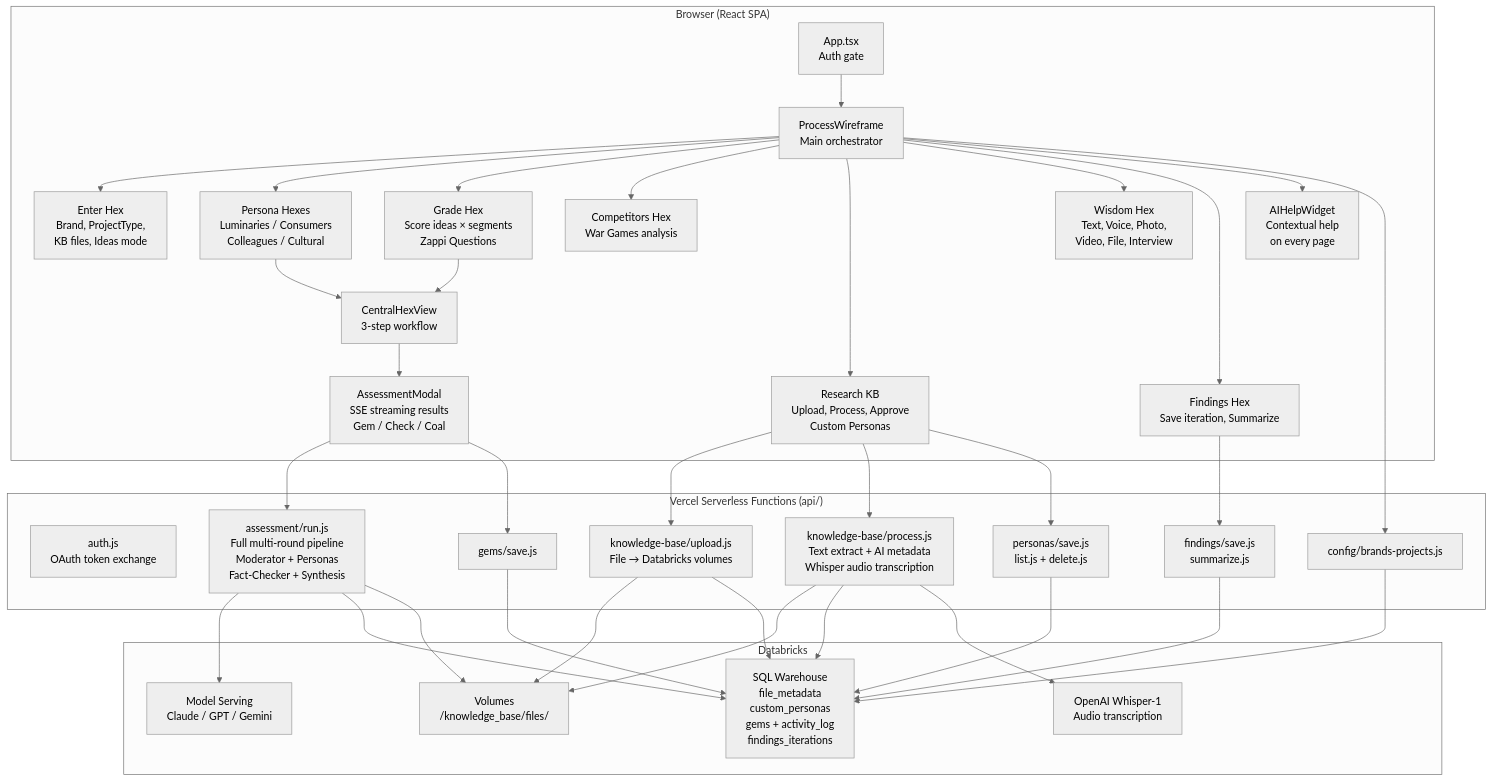
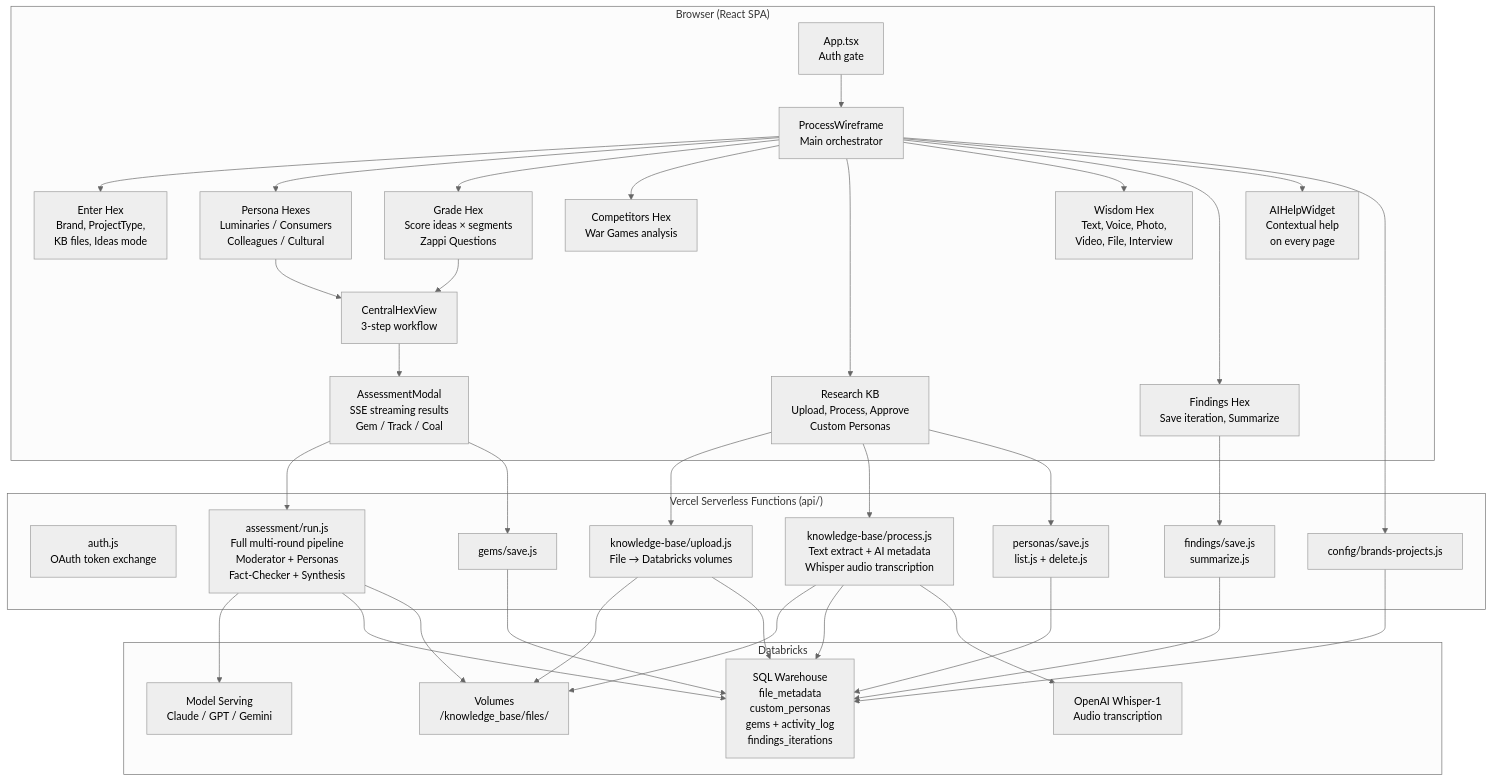
Before and after one commit to Lesliewoodresearch/CoHiveDatabricks3: diagram 14 of 16 in Website design 2.md, drawn with Mermaid (neutral theme). The commit also changed other lines of this file and 26 other files, not shown here.

````diff
--- a/Website design 2.md
+++ b/Website design 2.md
@@ -804,56 +806,56 @@
 ```mermaid
 flowchart TD
     subgraph Browser ["Browser (React SPA)"]
         A[App.tsx\nAuth gate] --> B[ProcessWireframe\nMain orchestrator]
         B --> C[Enter Hex\nBrand, ProjectType,\nKB files, Ideas mode]
         B --> D[Persona Hexes\nLuminaries / Consumers\nColleagues / Cultural]
         B --> E[Grade Hex\nScore ideas × segments\nZappi Questions]
         B --> F[Competitors Hex\nWar Games analysis]
         B --> G[Research KB\nUpload, Process, Approve\nCustom Personas]
         B --> H[Wisdom Hex\nText, Voice, Photo,\nVideo, File, Interview]
         B --> I[Findings Hex\nSave iteration, Summarize]
         B --> J[AIHelpWidget\nContextual help\non every page]
         D --> K[CentralHexView\n3-step workflow]
         E --> K
-        K --> L[AssessmentModal\nSSE streaming results\nGem / Check / Coal]
+        K --> L[AssessmentModal\nSSE streaming results\nGem / Track / Coal]
     end
 
     subgraph API ["Vercel Serverless Functions (api/)"]
         M[auth.js\nOAuth token exchange]
         N[assessment/run.js\nFull multi-round pipeline\nModerator + Personas\nFact-Checker + Synthesis]
         O[knowledge-base/upload.js\nFile → Databricks volumes]
         P[knowledge-base/process.js\nText extract + AI metadata\nWhisper audio transcription]
         Q[personas/save.js\nlist.js + delete.js]
         R[gems/save.js]
         S[findings/save.js\nsummarize.js]
         T[config/brands-projects.js]
     end
 
     subgraph Databricks ["Databricks"]
         U[Model Serving\nClaude / GPT / Gemini]
         V[SQL Warehouse\nfile_metadata\ncustom_personas\ngems + activity_log\nfindings_iterations]
         W[Volumes\n/knowledge_base/files/]
         X[OpenAI Whisper-1\nAudio transcription]
     end
 
     L --> N
     G --> O
     G --> P
     G --> Q
     L --> R
     I --> S
     B --> T
 
     N --> U
     N --> V
     N --> W
     P --> W
     P --> V
     P --> X
     O --> W
     O --> V
     Q --> V
     R --> V
     S --> V
     T --> V
 ```
````
